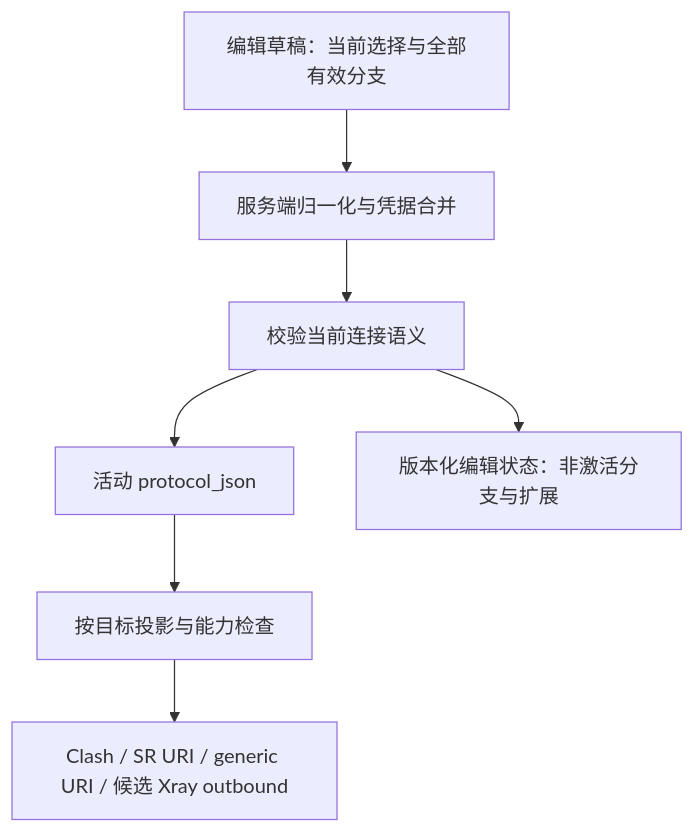
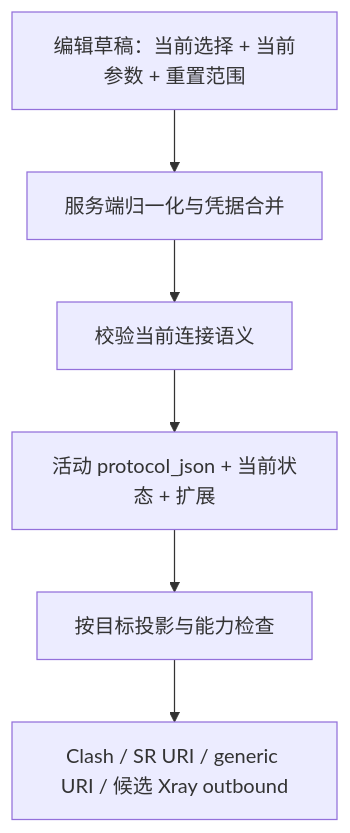
Before and after one commit to AlcaProphet/VPN-Subscription-Management: the diagram in docs/Reference/Node-Editor-Improvement-Directions.md, drawn with Mermaid. The commit also changed other lines of this file and 4 other files, not shown here.

````diff
--- a/docs/Reference/Node-Editor-Improvement-Directions.md
+++ b/docs/Reference/Node-Editor-Improvement-Directions.md
@@ -176,9 +176,8 @@
 ```mermaid
 flowchart TD
-    A[编辑草稿：当前选择与全部有效分支] --> B[服务端归一化与凭据合并]
+    A[编辑草稿：当前选择 + 当前参数 + 重置范围] --> B[服务端归一化与凭据合并]
     B --> C[校验当前连接语义]
-    C --> D[活动 protocol_json]
-    C --> E[版本化编辑状态：非激活分支与扩展]
+    C --> D[活动 protocol_json + 当前状态 + 扩展]
     D --> F[按目标投影与能力检查]
     F --> G[Clash / SR URI / generic URI / 候选 Xray outbound]
 ```
````
